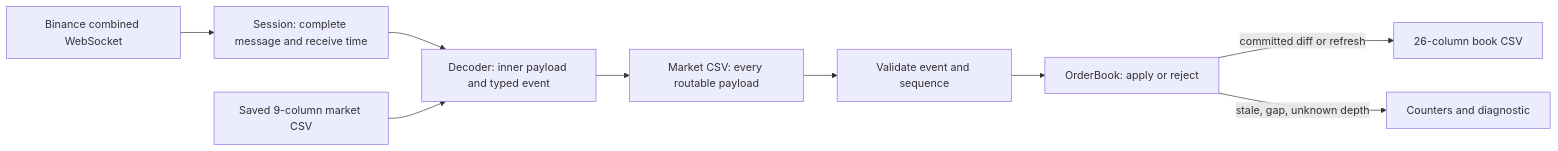
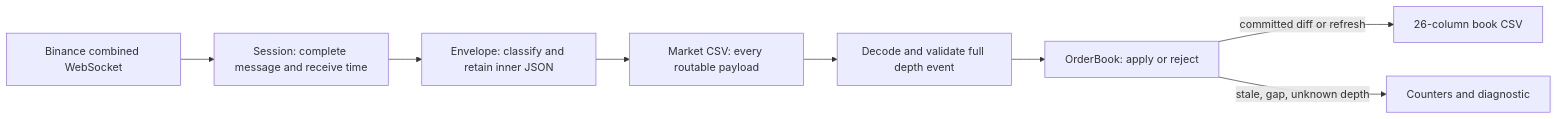
Before and after one commit to Alokkumarsharma7379/binance-lob-capture: the diagram in docs/design.md, drawn with Mermaid. The commit also changed other lines of this file and 39 other files, not shown here.

````diff
--- a/docs/design.md
+++ b/docs/design.md
@@ -107,11 +100,10 @@
 ```mermaid
 flowchart LR
   B[Binance combined WebSocket] --> S[Session: complete message and receive time]
-  S --> D[Decoder: inner payload and typed event]
+  S --> D[Envelope: classify and retain inner JSON]
   D --> A[Market CSV: every routable payload]
-  A --> V[Validate event and sequence]
+  A --> V[Decode and validate full depth event]
   V --> O[OrderBook: apply or reject]
   O -->|committed diff or refresh| C[26-column book CSV]
   O -->|stale, gap, unknown depth| M[Counters and diagnostic]
-  R[Saved 9-column market CSV] --> D
 ```
````
